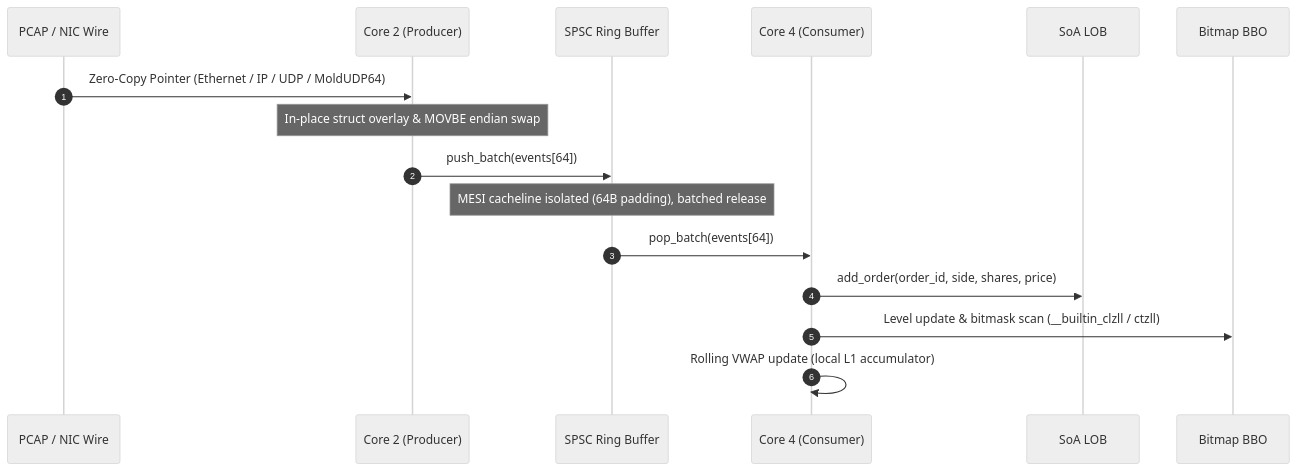
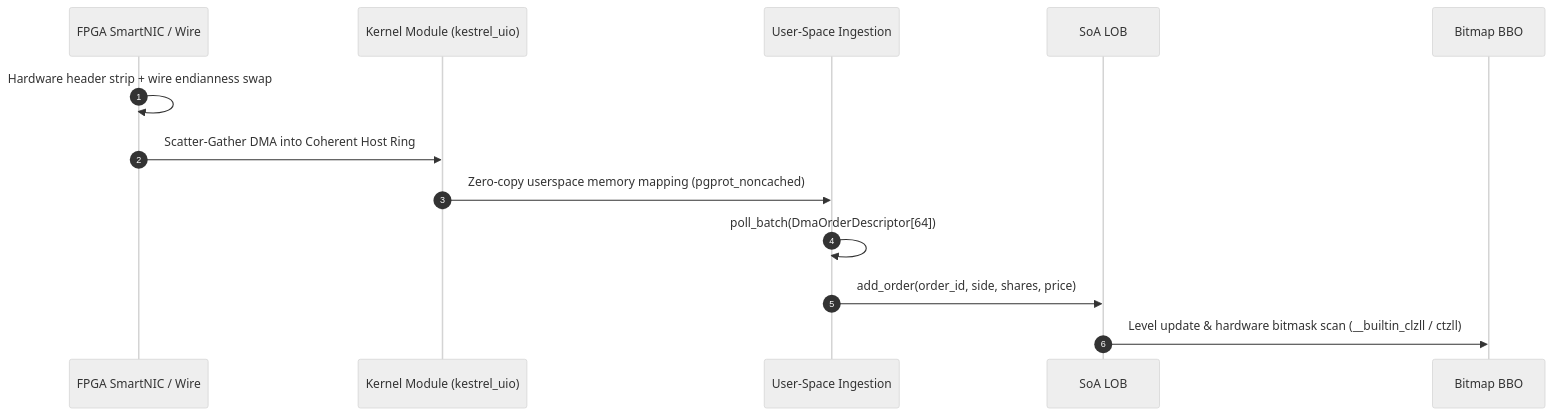
The second of 2 diagrams in README.md (ak495867/Kestrel), drawn with Mermaid (neutral theme) before and after one commit. The commit also changed other lines of this file, not shown here.

Commit message:
docs: document kernel-bypass driver, DMA descriptor ABI, and updated benchmark figures

````diff
--- a/README.md
+++ b/README.md
@@ -65,19 +75,16 @@
 ```mermaid
 sequenceDiagram
     autonumber
-    participant Wire as PCAP / NIC Wire
-    participant P as Core 2 (Producer)
-    participant Q as SPSC Ring Buffer
-    participant C as Core 4 (Consumer)
+    participant NIC as FPGA SmartNIC / Wire
+    participant Driver as Kernel Module (kestrel_uio)
+    participant Client as User-Space Ingestion
     participant LOB as SoA LOB
     participant BBO as Bitmap BBO
 
-    Wire->>P: Zero-Copy Pointer (Ethernet / IP / UDP / MoldUDP64)
-    Note over P: In-place struct overlay & MOVBE endian swap
-    P->>Q: push_batch(events[64])
-    Note over Q: MESI cacheline isolated (64B padding), batched release
-    Q->>C: pop_batch(events[64])
-    C->>LOB: add_order(order_id, side, shares, price)
-    C->>BBO: Level update & bitmask scan (__builtin_clzll / ctzll)
-    C->>C: Rolling VWAP update (local L1 accumulator)
+    NIC->>NIC: Hardware header strip + wire endianness swap
+    NIC->>Driver: Scatter-Gather DMA into Coherent Host Ring
+    Driver->>Client: Zero-copy userspace memory mapping (pgprot_noncached)
+    Client->>Client: poll_batch(DmaOrderDescriptor[64])
+    Client->>LOB: add_order(order_id, side, shares, price)
+    LOB->>BBO: Level update & hardware bitmask scan (__builtin_clzll / ctzll)
 ```
````
